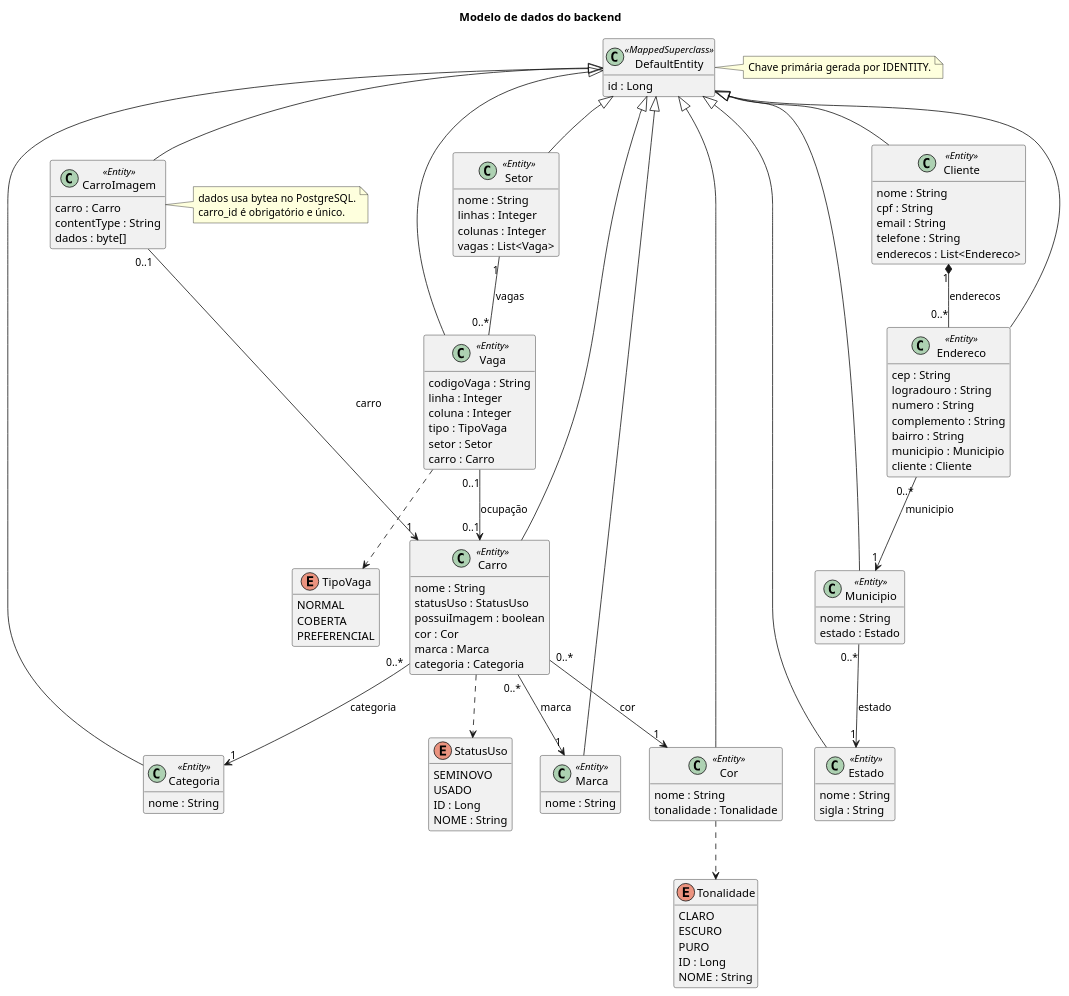
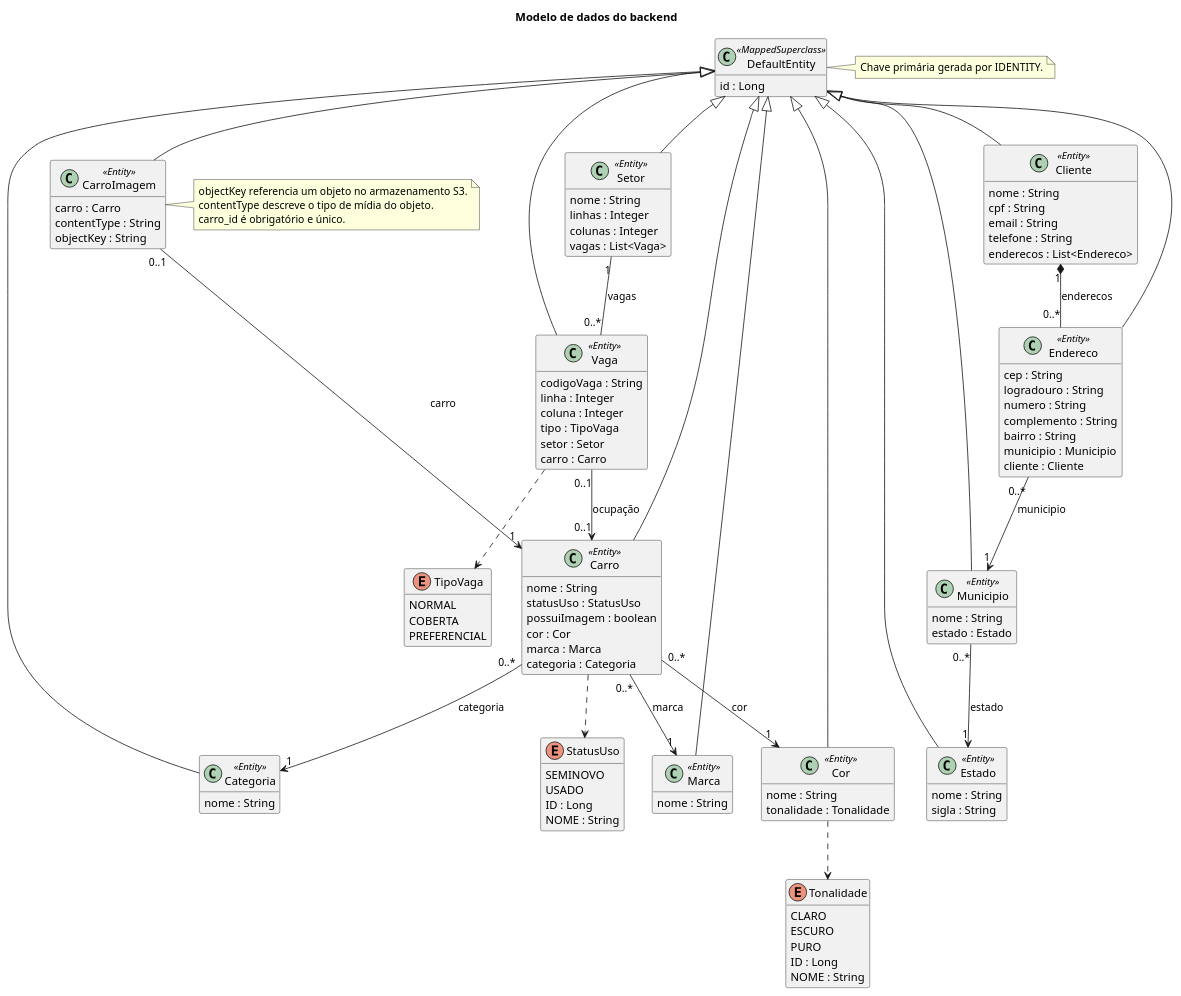
The diagram in docs/modelo.plantuml (bernardoDSG/TP2-2026-2-Backend), drawn with PlantUML before and after one commit. The commit also changed 18 other files, not shown here.

```diff
--- a/docs/modelo.plantuml
+++ b/docs/modelo.plantuml
@@ -1,135 +1,136 @@
 @startuml
 title Modelo de dados do backend
 hide methods
 skinparam classAttributeIconSize 0
 
 class Carro <<Entity>> {
   nome : String
   statusUso : StatusUso
   possuiImagem : boolean
   cor : Cor
   marca : Marca
   categoria : Categoria
 }
 
 class CarroImagem <<Entity>> {
   carro : Carro
   contentType : String
-  dados : byte[]
+  objectKey : String
 }
 
 class Categoria <<Entity>> {
   nome : String
 }
 
 class Cliente <<Entity>> {
   nome : String
   cpf : String
   email : String
   telefone : String
   enderecos : List<Endereco>
 }
 
 class Cor <<Entity>> {
   nome : String
   tonalidade : Tonalidade
 }
 
 class DefaultEntity <<MappedSuperclass>> {
   id : Long
 }
 
 class Endereco <<Entity>> {
   cep : String
   logradouro : String
   numero : String
   complemento : String
   bairro : String
   municipio : Municipio
   cliente : Cliente
 }
 
 class Estado <<Entity>> {
   nome : String
   sigla : String
 }
 
 class Marca <<Entity>> {
   nome : String
 }
 
 class Municipio <<Entity>> {
   nome : String
   estado : Estado
 }
 
 class Setor <<Entity>> {
   nome : String
   linhas : Integer
   colunas : Integer
   vagas : List<Vaga>
 }
 
 enum StatusUso {
   SEMINOVO
   USADO
   ID : Long
   NOME : String
 }
 
 enum TipoVaga {
   NORMAL
   COBERTA
   PREFERENCIAL
 }
 
 enum Tonalidade {
   CLARO
   ESCURO
   PURO
   ID : Long
   NOME : String
 }
 
 class Vaga <<Entity>> {
   codigoVaga : String
   linha : Integer
   coluna : Integer
   tipo : TipoVaga
   setor : Setor
   carro : Carro
 }
 
 DefaultEntity <|-- Carro
 DefaultEntity <|-- CarroImagem
 DefaultEntity <|-- Categoria
 DefaultEntity <|-- Cliente
 DefaultEntity <|-- Cor
 DefaultEntity <|-- Endereco
 DefaultEntity <|-- Estado
 DefaultEntity <|-- Marca
 DefaultEntity <|-- Municipio
 DefaultEntity <|-- Setor
 DefaultEntity <|-- Vaga
 
 Carro "0..*" --> "1" Cor : cor
 Carro "0..*" --> "1" Marca : marca
 Carro "0..*" --> "1" Categoria : categoria
 CarroImagem "0..1" --> "1" Carro : carro
 Cliente "1" *-- "0..*" Endereco : enderecos
 Endereco "0..*" --> "1" Municipio : municipio
 Municipio "0..*" --> "1" Estado : estado
 Setor "1" -- "0..*" Vaga : vagas
 Vaga "0..1" --> "0..1" Carro : ocupação
 Carro ..> StatusUso
 Cor ..> Tonalidade
 Vaga ..> TipoVaga
 
 note right of DefaultEntity
   Chave primária gerada por IDENTITY.
 end note
 note right of CarroImagem
-  dados usa bytea no PostgreSQL.
+  objectKey referencia um objeto no armazenamento S3.
+  contentType descreve o tipo de mídia do objeto.
   carro_id é obrigatório e único.
 end note
 @enduml
```
